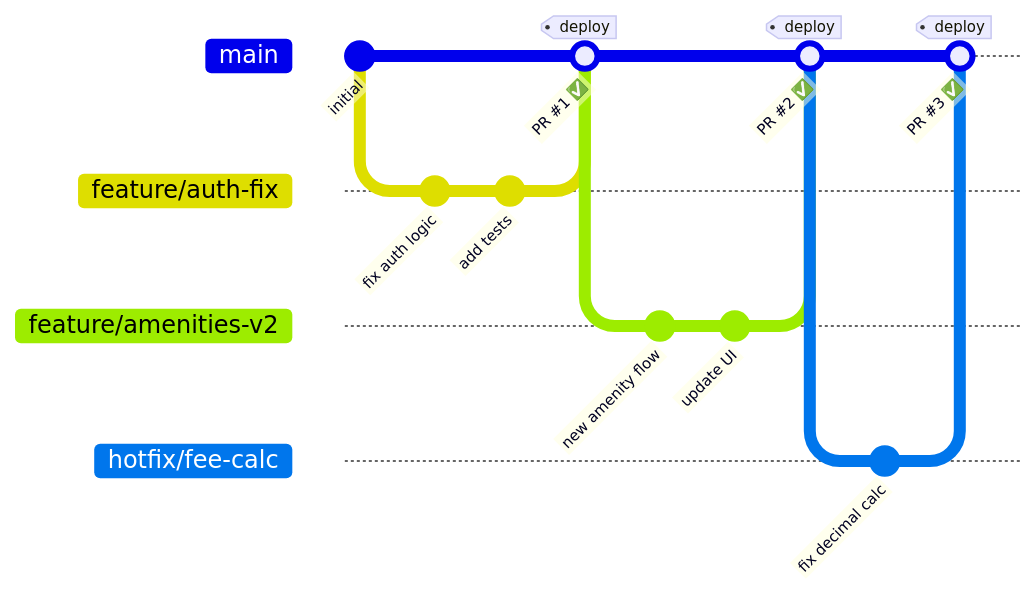
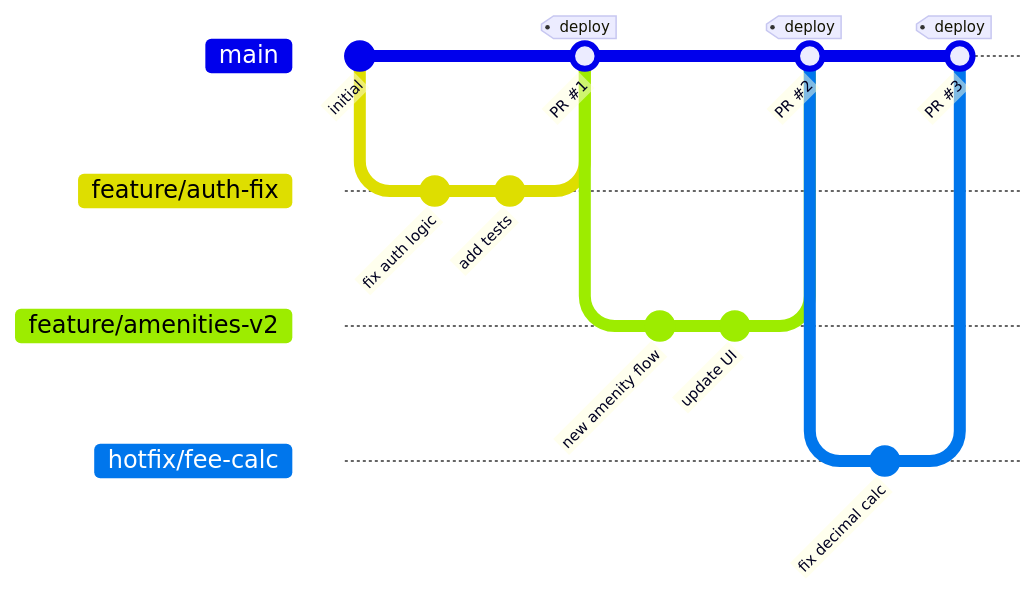
The fourth of 6 diagrams in docs/design.md (Danieltlacuache/DevOps_Project), drawn with Mermaid before and after one commit. The commit also changed other lines of this file, not shown here.

````diff
--- a/docs/design.md
+++ b/docs/design.md
@@ -208,21 +208,21 @@
 ```mermaid
 gitGraph
     commit id: "initial"
     branch feature/auth-fix
     checkout feature/auth-fix
     commit id: "fix auth logic"
     commit id: "add tests"
     checkout main
-    merge feature/auth-fix id: "PR #1 ✅" tag: "deploy"
+    merge feature/auth-fix id: "PR #1" tag: "deploy"
     branch feature/amenities-v2
     checkout feature/amenities-v2
     commit id: "new amenity flow"
     commit id: "update UI"
     checkout main
-    merge feature/amenities-v2 id: "PR #2 ✅" tag: "deploy"
+    merge feature/amenities-v2 id: "PR #2" tag: "deploy"
     branch hotfix/fee-calc
     checkout hotfix/fee-calc
     commit id: "fix decimal calc"
     checkout main
-    merge hotfix/fee-calc id: "PR #3 ✅" tag: "deploy"
+    merge hotfix/fee-calc id: "PR #3" tag: "deploy"
 ```
````
